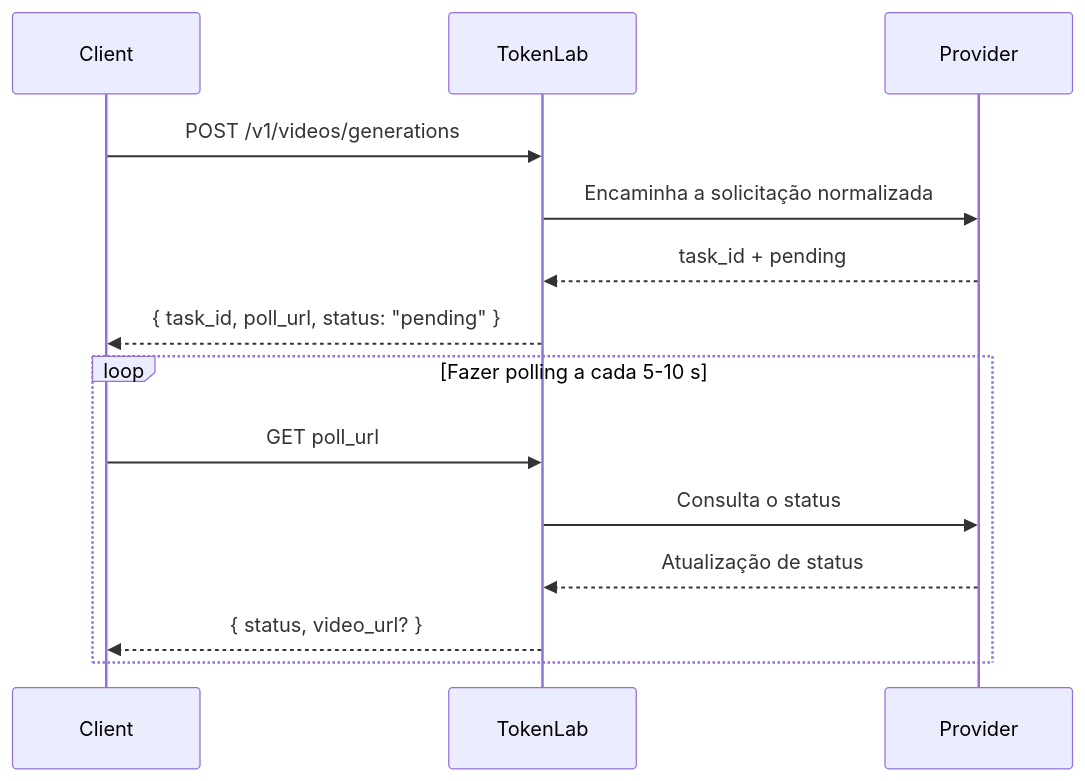
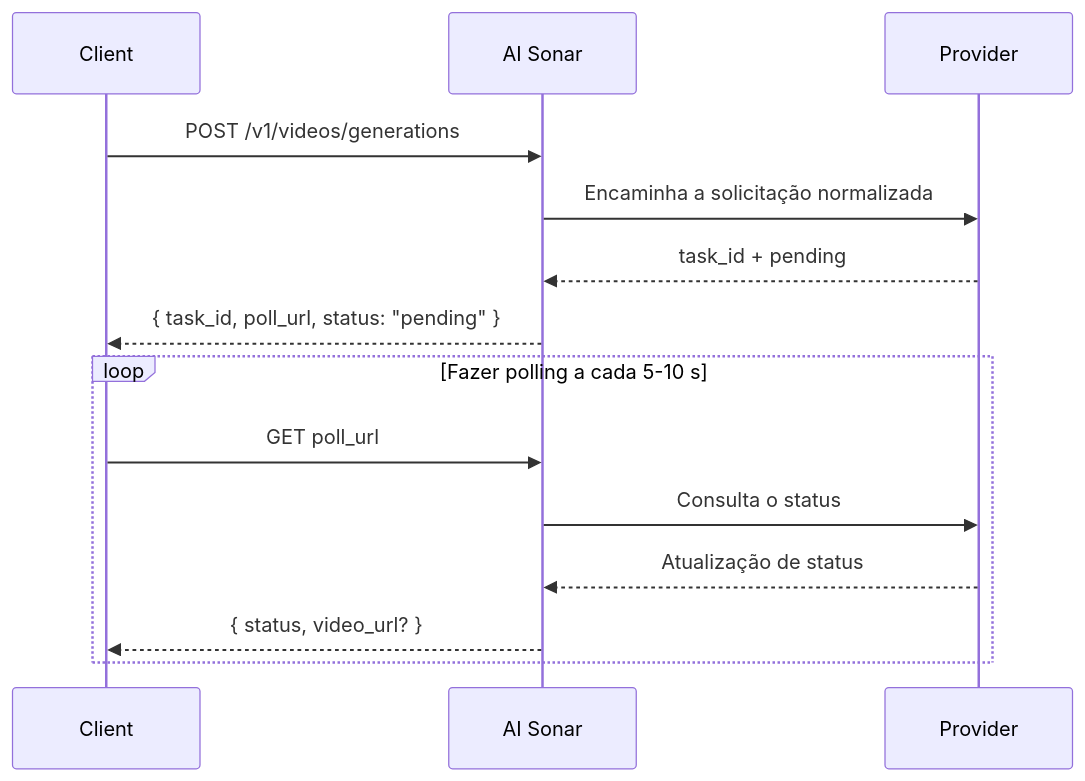
One commit to hedging8563/aisonar-docs changed the diagram in pt/guides/video-generation.mdx. Above: the diagram before and after it, drawn with Mermaid. The commit also changed other lines of this file and 1036 other files, not shown here.

````diff
--- a/pt/guides/video-generation.mdx
+++ b/pt/guides/video-generation.mdx
@@ -24,18 +24,18 @@
 ```mermaid
 sequenceDiagram
     participant Client
-    participant TokenLab
+    participant AI Sonar
     participant Provider
 
-    Client->>TokenLab: POST /v1/videos/generations
-    TokenLab->>Provider: Encaminha a solicitação normalizada
-    Provider-->>TokenLab: task_id + pending
-    TokenLab-->>Client: { task_id, poll_url, status: "pending" }
+    Client->>AI Sonar: POST /v1/videos/generations
+    AI Sonar->>Provider: Encaminha a solicitação normalizada
+    Provider-->>AI Sonar: task_id + pending
+    AI Sonar-->>Client: { task_id, poll_url, status: "pending" }
 
     loop Fazer polling a cada 5-10 s
-        Client->>TokenLab: GET poll_url
-        TokenLab->>Provider: Consulta o status
-        Provider-->>TokenLab: Atualização de status
-        TokenLab-->>Client: { status, video_url? }
+        Client->>AI Sonar: GET poll_url
+        AI Sonar->>Provider: Consulta o status
+        Provider-->>AI Sonar: Atualização de status
+        AI Sonar-->>Client: { status, video_url? }
     end
 ```
````
